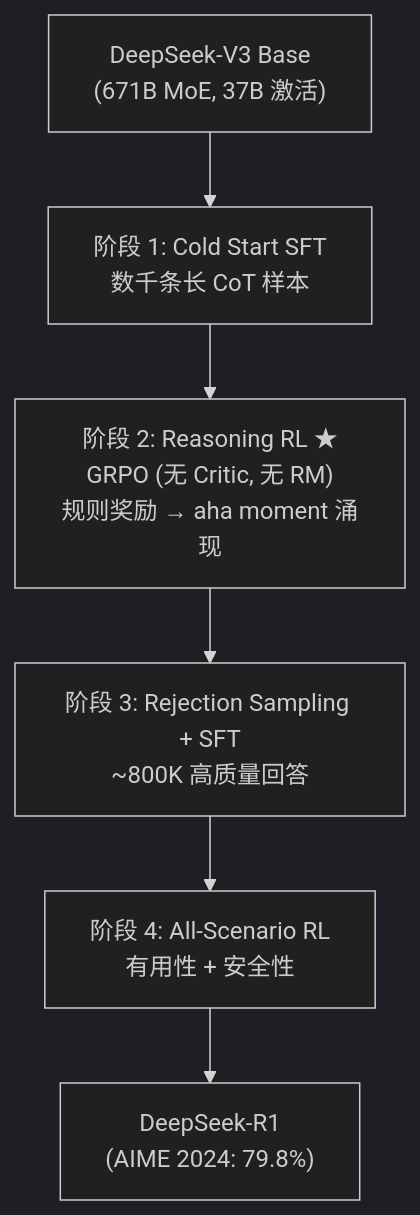
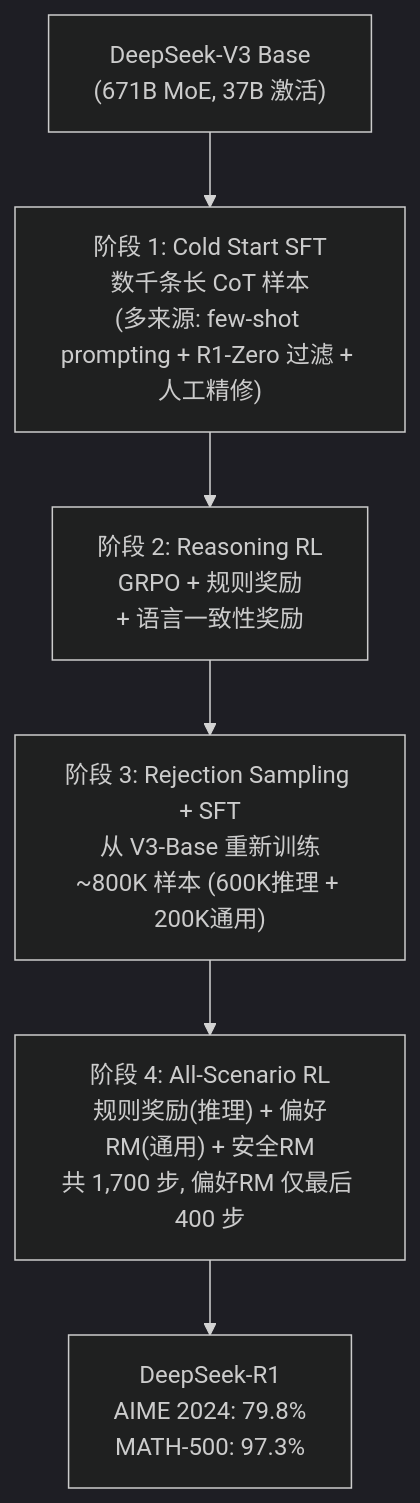
Before and after one commit to XavierZhang2002/agentic-rl-analysis: the first of 11 diagrams in docs/post-training/02-技术报告解读与训练经验.md, drawn with Mermaid (dark theme). The commit also changed other lines of this file, not shown here.

First line of the commit message:
feat: 深度重写第二章 — 8节1127行，覆盖DeepSeek/Kimi/Qwen/MiniMax/GLM/Seed六大系列

````diff
--- a/docs/post-training/02-技术报告解读与训练经验.md
+++ b/docs/post-training/02-技术报告解读与训练经验.md
@@ -23,8 +46,8 @@
 ```mermaid
 flowchart TD
-    Base["DeepSeek-V3 Base\n(671B MoE, 37B 激活)"] --> S1["阶段 1: Cold Start SFT\n数千条长 CoT 样本"]
-    S1 --> S2["阶段 2: Reasoning RL ★\nGRPO (无 Critic, 无 RM)\n规则奖励 → aha moment 涌现"]
-    S2 --> S3["阶段 3: Rejection Sampling + SFT\n~800K 高质量回答"]
-    S3 --> S4["阶段 4: All-Scenario RL\n有用性 + 安全性"]
-    S4 --> Final["DeepSeek-R1\n(AIME 2024: 79.8%)"]
+    Base["DeepSeek-V3 Base\n(671B MoE, 37B 激活)"] --> S1["阶段 1: Cold Start SFT\n数千条长 CoT 样本\n(多来源: few-shot prompting + R1-Zero 过滤 + 人工精修)"]
+    S1 --> S2["阶段 2: Reasoning RL\nGRPO + 规则奖励\n+ 语言一致性奖励"]
+    S2 --> S3["阶段 3: Rejection Sampling + SFT\n从 V3-Base 重新训练\n~800K 样本 (600K推理 + 200K通用)"]
+    S3 --> S4["阶段 4: All-Scenario RL\n规则奖励(推理) + 偏好RM(通用) + 安全RM\n共 1,700 步, 偏好RM 仅最后 400 步"]
+    S4 --> Final["DeepSeek-R1\nAIME 2024: 79.8%\nMATH-500: 97.3%"]
 ```
````
